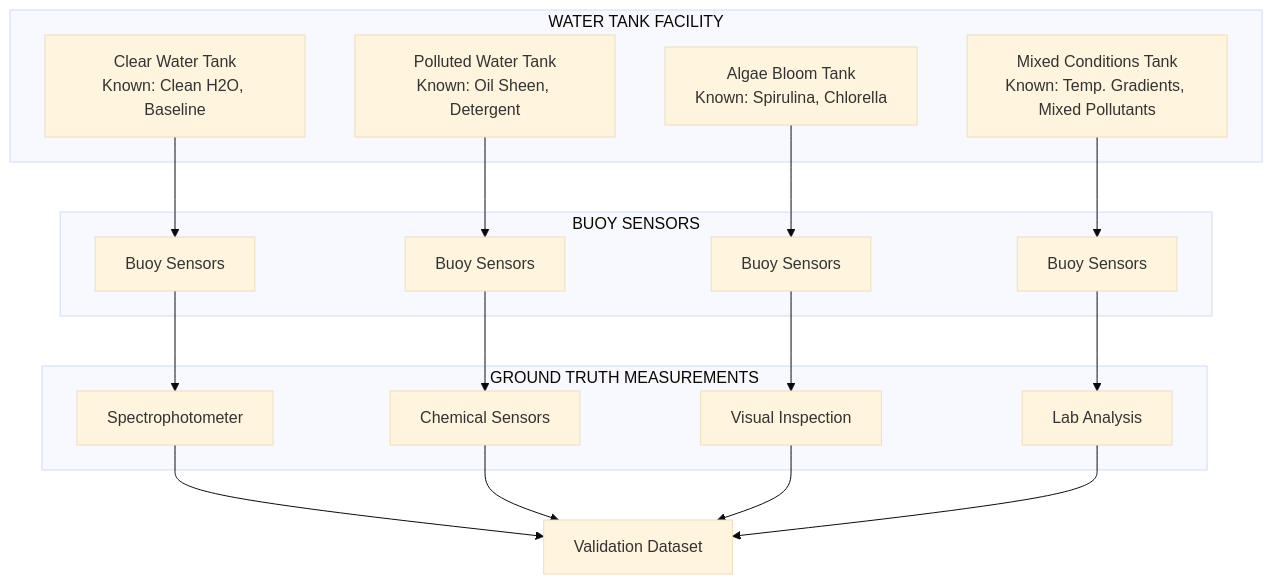
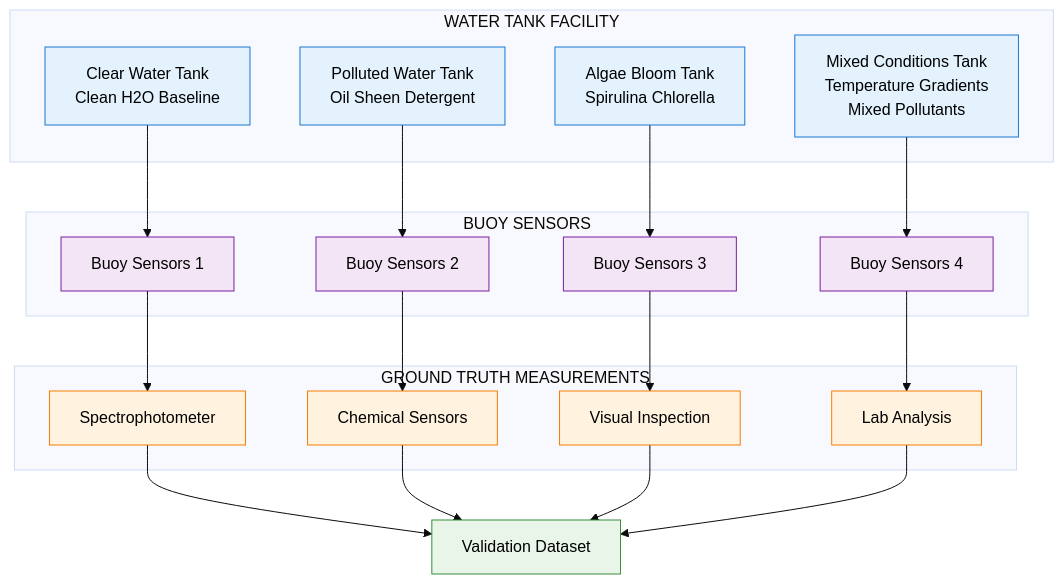
One commit to vikrantwiz02/DFP-13 changed the second of 9 diagrams in Phase-2.md. Above: the diagram before and after it, drawn with Mermaid (base theme). The commit also changed other lines of this file, not shown here.

Commit message:
Refactor diagrams and improve formatting in Phase 2 documentation for clarity and consistency

````diff
--- a/Phase-2.md
+++ b/Phase-2.md
@@ -121,38 +133,50 @@
 ```mermaid
 graph TD
-    subgraph "WATER TANK FACILITY"
-        CLEAR[Clear Water Tank<br/>Known: Clean H2O, Baseline]
-        POLLUTED[Polluted Water Tank<br/>Known: Oil Sheen, Detergent]
-        ALGAE[Algae Bloom Tank<br/>Known: Spirulina, Chlorella]
-        MIXED[Mixed Conditions Tank<br/>Known: Temp. Gradients, Mixed Pollutants]
+    subgraph WTF ["WATER TANK FACILITY"]
+        CLEAR["Clear Water Tank<br/>Clean H2O Baseline"]
+        POLLUTED["Polluted Water Tank<br/>Oil Sheen Detergent"]
+        ALGAE["Algae Bloom Tank<br/>Spirulina Chlorella"]
+        MIXED["Mixed Conditions Tank<br/>Temperature Gradients<br/>Mixed Pollutants"]
     end
     
-    subgraph "BUOY SENSORS"
-        BUOY1[Buoy Sensors]
-        BUOY2[Buoy Sensors]
-        BUOY3[Buoy Sensors]
-        BUOY4[Buoy Sensors]
+    subgraph BS ["BUOY SENSORS"]
+        BUOY1["Buoy Sensors 1"]
+        BUOY2["Buoy Sensors 2"]
+        BUOY3["Buoy Sensors 3"]
+        BUOY4["Buoy Sensors 4"]
     end
     
-    subgraph "GROUND TRUTH MEASUREMENTS"
-        SPECTRO[Spectrophotometer]
-        CHEMICAL[Chemical Sensors]
-        VISUAL[Visual Inspection]
-        LAB[Lab Analysis]
+    subgraph GTM ["GROUND TRUTH MEASUREMENTS"]
+        SPECTRO["Spectrophotometer"]
+        CHEMICAL["Chemical Sensors"]
+        VISUAL["Visual Inspection"]
+        LAB["Lab Analysis"]
     end
+    
+    VALIDATION["Validation Dataset"]
     
     CLEAR --> BUOY1
     POLLUTED --> BUOY2
     ALGAE --> BUOY3
     MIXED --> BUOY4
     
     BUOY1 --> SPECTRO
     BUOY2 --> CHEMICAL
     BUOY3 --> VISUAL
     BUOY4 --> LAB
     
-    SPECTRO --> VALIDATION[Validation Dataset]
+    SPECTRO --> VALIDATION
     CHEMICAL --> VALIDATION
     VISUAL --> VALIDATION
     LAB --> VALIDATION
+    
+    classDef tankStyle fill:#e3f2fd,stroke:#1976d2,color:#000
+    classDef sensorStyle fill:#f3e5f5,stroke:#7b1fa2,color:#000
+    classDef measureStyle fill:#fff3e0,stroke:#f57c00,color:#000
+    classDef validationStyle fill:#e8f5e8,stroke:#388e3c,color:#000
+    
+    class CLEAR,POLLUTED,ALGAE,MIXED tankStyle
+    class BUOY1,BUOY2,BUOY3,BUOY4 sensorStyle
+    class SPECTRO,CHEMICAL,VISUAL,LAB measureStyle
+    class VALIDATION validationStyle
 ```
````
